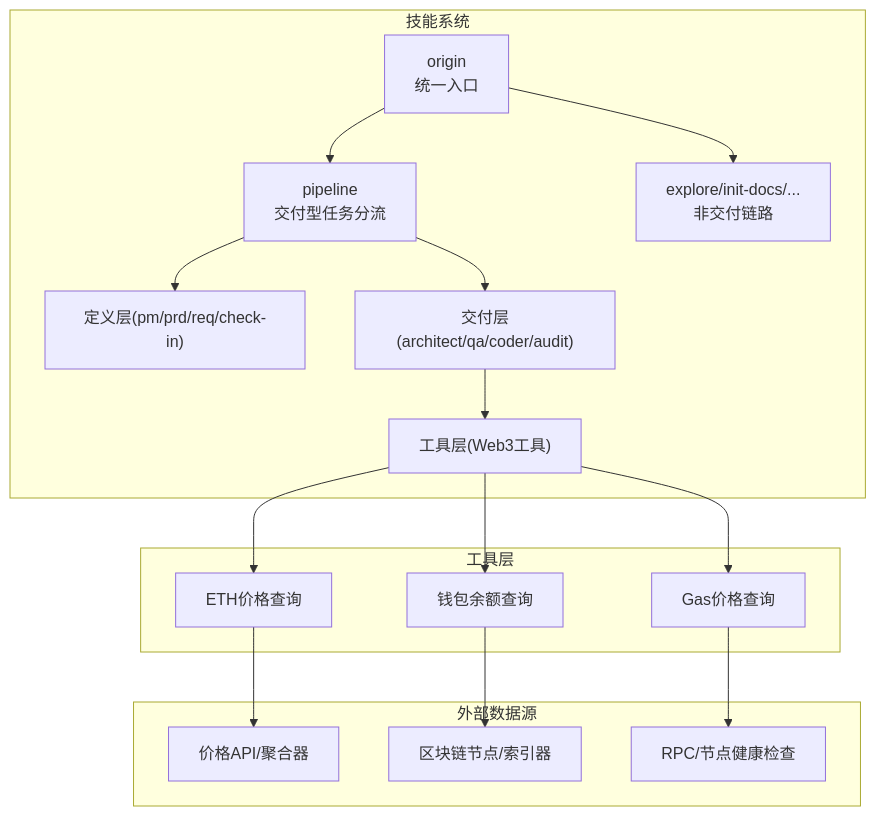
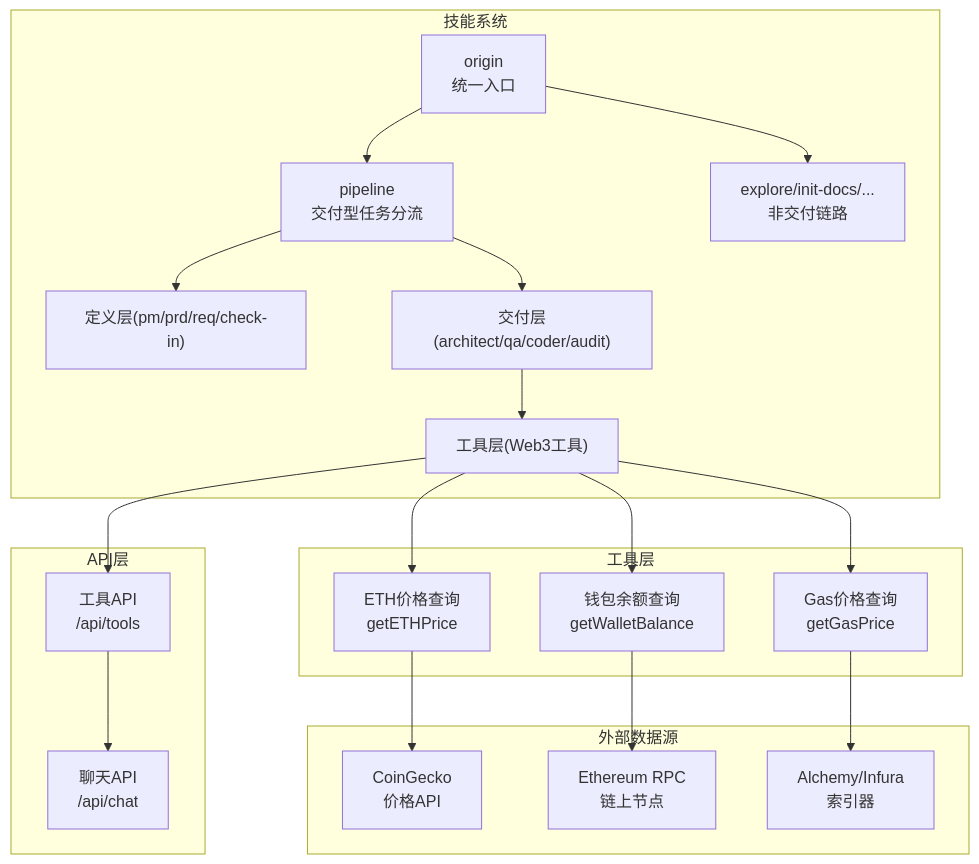
Before and after one commit to CryptoLinxu/Web3-AI-Agent: the second of 6 diagrams in .qoder/repowiki/zh/content/Web3工具集成/Web3工具集成.md, drawn with Mermaid. The commit also changed other lines of this file and 15 other files, not shown here.

````diff
--- a/.qoder/repowiki/zh/content/Web3工具集成/Web3工具集成.md
+++ b/.qoder/repowiki/zh/content/Web3工具集成/Web3工具集成.md
@@ -75,20 +85,24 @@
 ```mermaid
 graph TB
 subgraph "技能系统"
 O["origin<br/>统一入口"] --> P["pipeline<br/>交付型任务分流"]
 O --> S["explore/init-docs/...<br/>非交付链路"]
 P --> D["定义层(pm/prd/req/check-in)"]
 P --> B["交付层(architect/qa/coder/audit)"]
 B --> T["工具层(Web3工具)"]
 end
+subgraph "API层"
+T --> API["工具API<br/>/api/tools"]
+API --> CHAT["聊天API<br/>/api/chat"]
+end
 subgraph "工具层"
-T --> W1["ETH价格查询"]
-T --> W2["钱包余额查询"]
-T --> W3["Gas价格查询"]
+T --> W1["ETH价格查询<br/>getETHPrice"]
+T --> W2["钱包余额查询<br/>getWalletBalance"]
+T --> W3["Gas价格查询<br/>getGasPrice"]
 end
 subgraph "外部数据源"
-W1 --> EX1["价格API/聚合器"]
-W2 --> EX2["区块链节点/索引器"]
-W3 --> EX3["RPC/节点健康检查"]
+W1 --> EX1["CoinGecko<br/>价格API"]
+W2 --> EX2["Ethereum RPC<br/>链上节点"]
+W3 --> EX3["Alchemy/Infura<br/>索引器"]
 end
 ```
````
